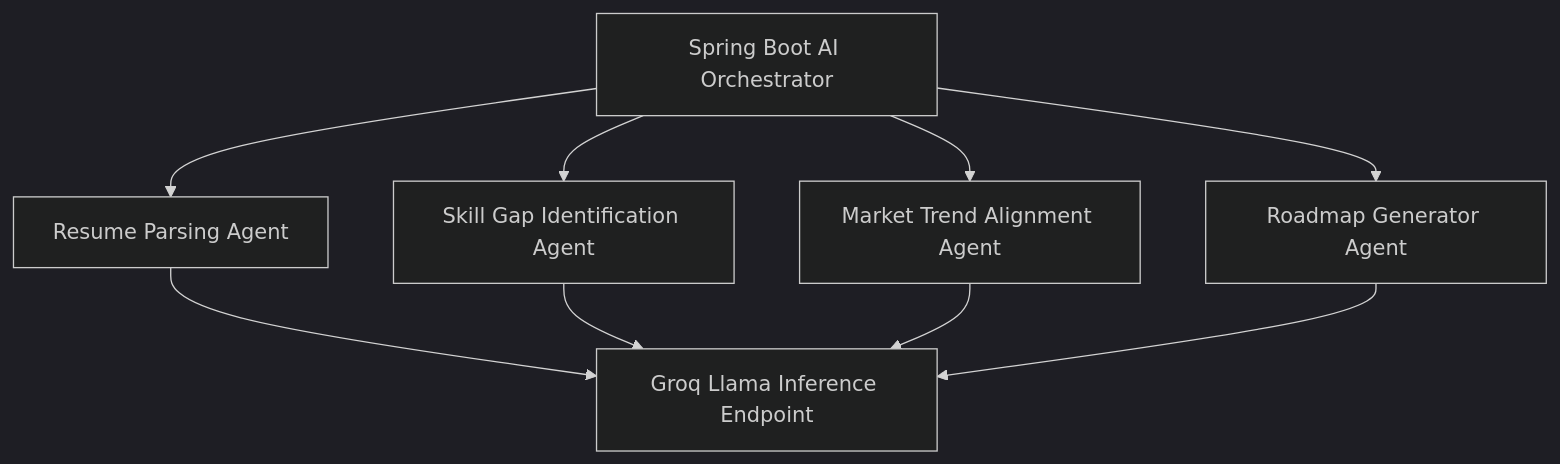
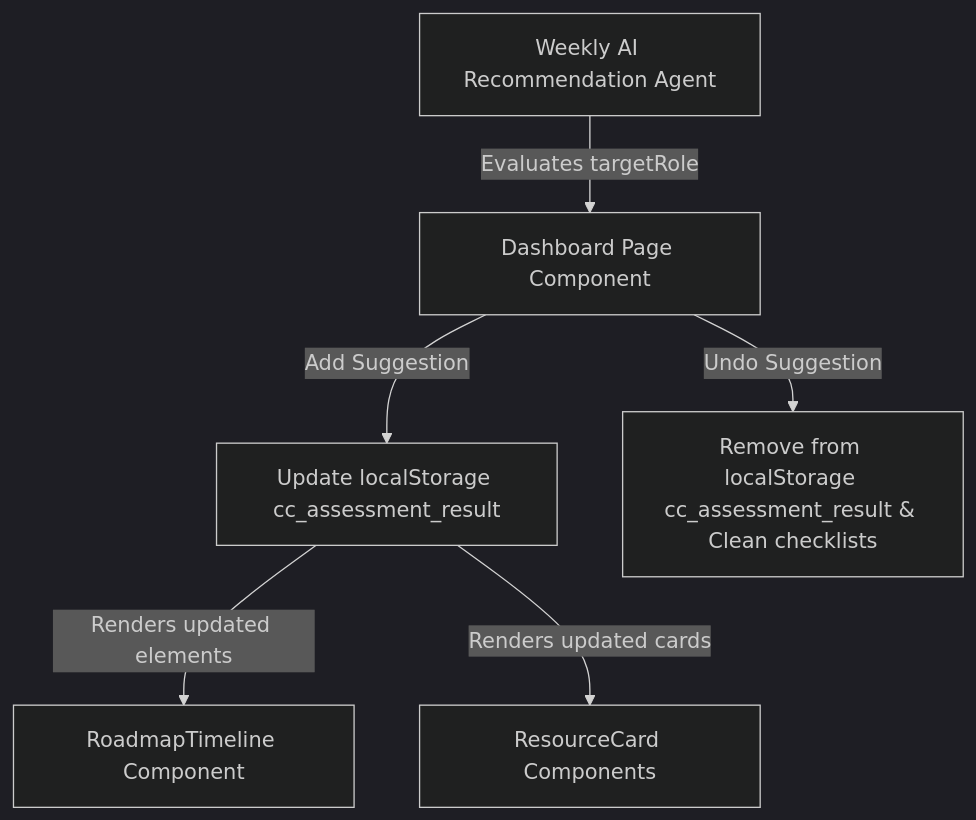
Before and after one commit to sharmaakash-198/Career-Compass: the eighth of 12 diagrams in frontend/INFRASTRUCTURE.md, drawn with Mermaid. The commit also changed other lines of this file, not shown here.

````diff
--- a/frontend/INFRASTRUCTURE.md
+++ b/frontend/INFRASTRUCTURE.md
@@ -372,14 +383,9 @@
 ```mermaid
 %%{init: {'theme': 'dark'}}%%
 graph TD
-    AIOrchestrator[Spring Boot AI Orchestrator]
-    AIOrchestrator --> resumeAgent[Resume Parsing Agent]
-    AIOrchestrator --> gapAgent[Skill Gap Identification Agent]
-    AIOrchestrator --> trendAgent[Market Trend Alignment Agent]
-    AIOrchestrator --> roadmapAgent[Roadmap Generator Agent]
-    
-    resumeAgent --> Groq[Groq Llama Inference Endpoint]
-    gapAgent --> Groq
-    trendAgent --> Groq
-    roadmapAgent --> Groq
+    AIAgent[Weekly AI Recommendation Agent] -->|Evaluates targetRole| DashboardPage[Dashboard Page Component]
+    DashboardPage -->|Add Suggestion| applyAction[Update localStorage cc_assessment_result]
+    DashboardPage -->|Undo Suggestion| revertAction[Remove from localStorage cc_assessment_result & Clean checklists]
+    applyAction -->|Renders updated elements| RoadmapTimeline[RoadmapTimeline Component]
+    applyAction -->|Renders updated cards| ResourceCard[ResourceCard Components]
 ```
````
